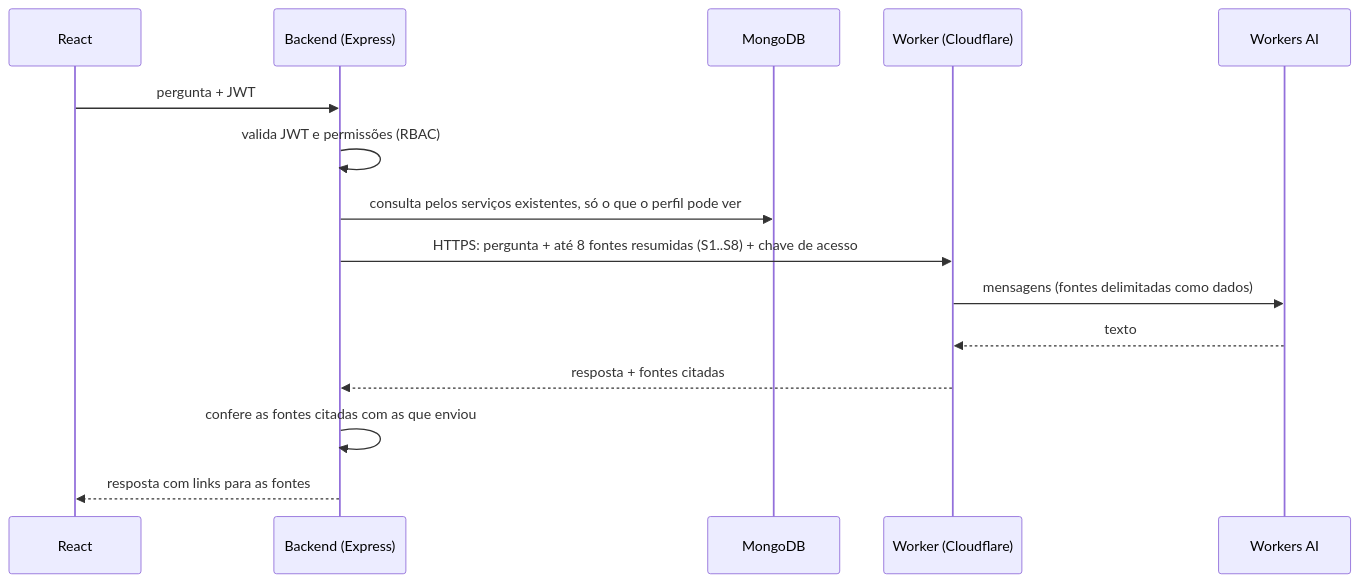
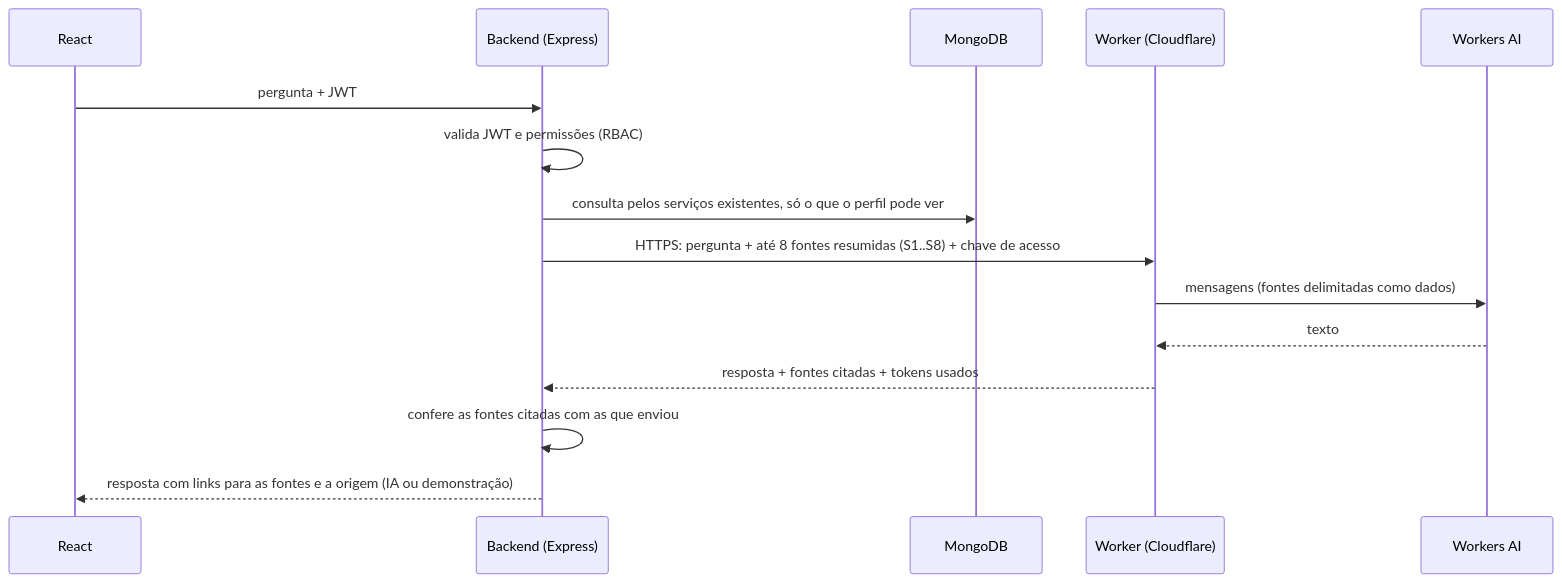
The diagram in ai-worker/README.md (FIDEL7Z/it-helpdesk), drawn with Mermaid before and after one commit. The commit also changed other lines of this file and 3 other files, not shown here.

````diff
--- a/ai-worker/README.md
+++ b/ai-worker/README.md
@@ -11,17 +11,17 @@
 ```mermaid
 sequenceDiagram
   participant R as React
   participant B as Backend (Express)
   participant DB as MongoDB
   participant W as Worker (Cloudflare)
   participant M as Workers AI
   R->>B: pergunta + JWT
   B->>B: valida JWT e permissões (RBAC)
   B->>DB: consulta pelos serviços existentes, só o que o perfil pode ver
   B->>W: HTTPS: pergunta + até 8 fontes resumidas (S1..S8) + chave de acesso
   W->>M: mensagens (fontes delimitadas como dados)
   M-->>W: texto
-  W-->>B: resposta + fontes citadas
+  W-->>B: resposta + fontes citadas + tokens usados
   B->>B: confere as fontes citadas com as que enviou
-  B-->>R: resposta com links para as fontes
+  B-->>R: resposta com links para as fontes e a origem (IA ou demonstração)
 ```
````
